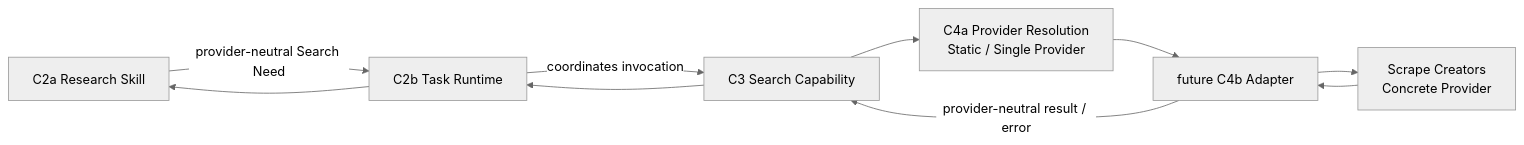
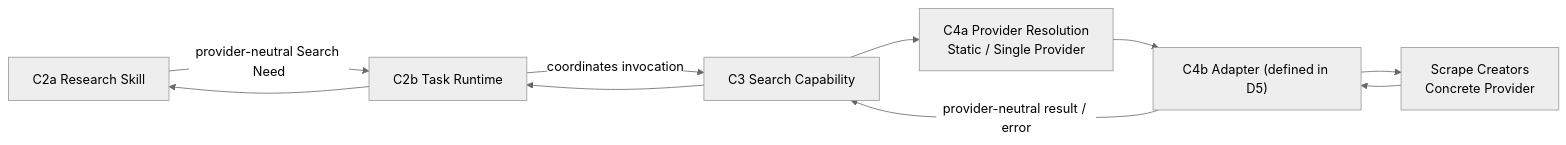
Before and after one commit to SONG-36/ecommerce-ai-os: the first of 2 diagrams in docs/02_system/vertical_slices/01_research_execution/contracts/02_SEARCH_INVOCATION.md, drawn with Mermaid (neutral theme). The commit also changed other lines of this file and 3 other files, not shown here.

````diff
--- a/docs/02_system/vertical_slices/01_research_execution/contracts/02_SEARCH_INVOCATION.md
+++ b/docs/02_system/vertical_slices/01_research_execution/contracts/02_SEARCH_INVOCATION.md
@@ -74,12 +74,12 @@
 ```mermaid
 flowchart LR
     SK["C2a Research Skill"] -->|"provider-neutral Search Need"| RT["C2b Task Runtime"]
     RT -->|"coordinates invocation"| C3["C3 Search Capability"]
     C3 --> C4A["C4a Provider Resolution\nStatic / Single Provider"]
-    C4A --> C4B["future C4b Adapter"]
+    C4A --> C4B["C4b Adapter (defined in D5)"]
     C4B --> P["Scrape Creators\nConcrete Provider"]
     P --> C4B
     C4B -->|"provider-neutral result / error"| C3
     C3 --> RT
     RT --> SK
 ```
````
